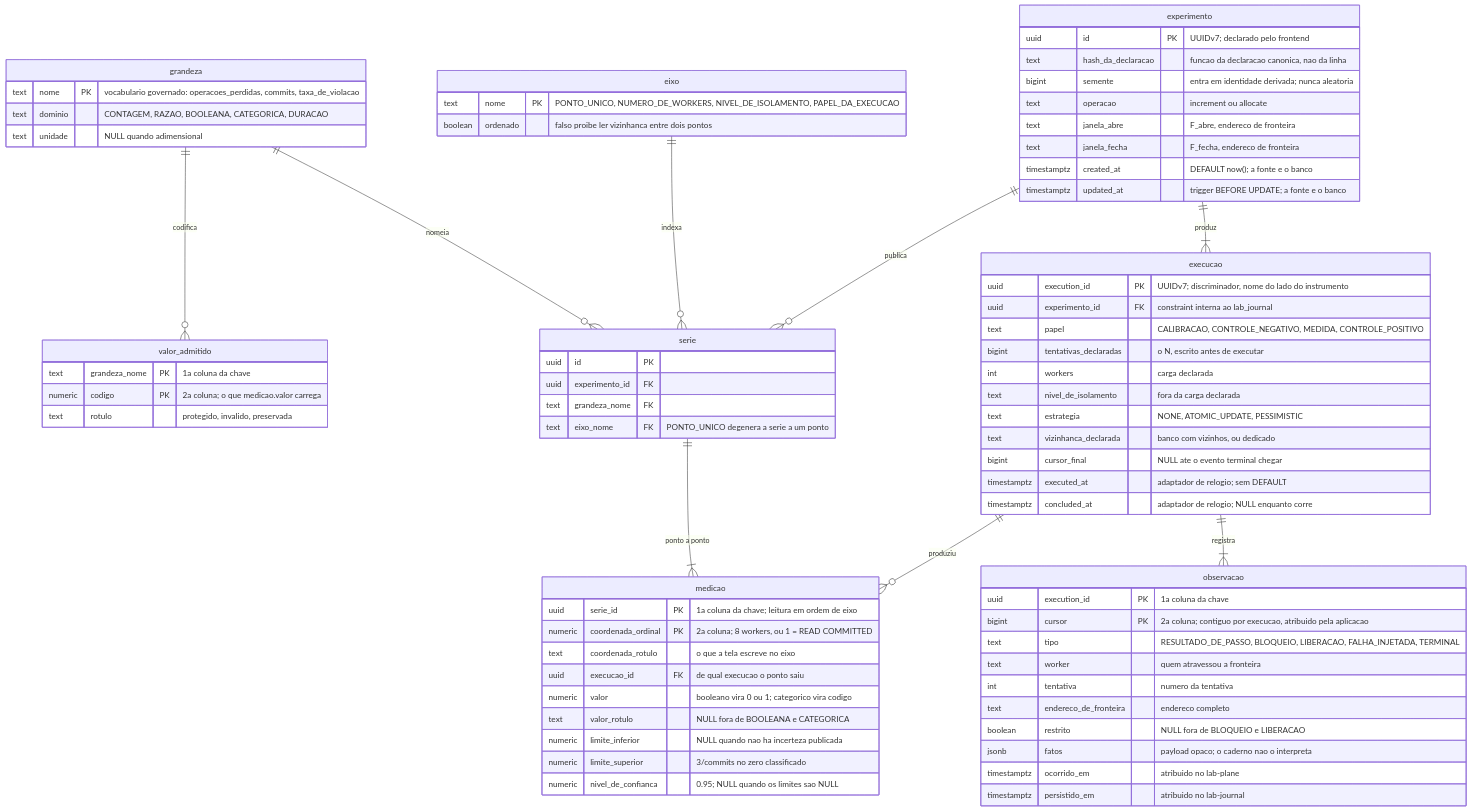
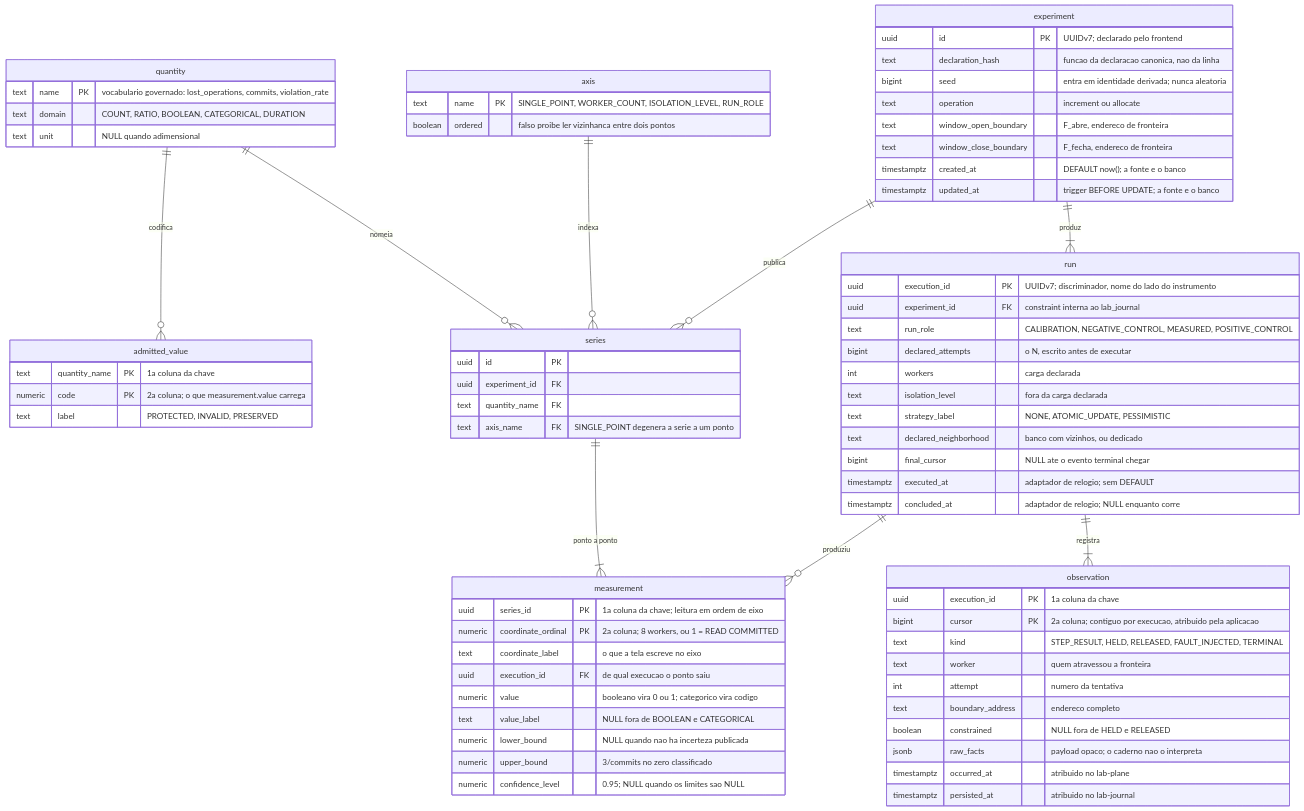
Before and after one commit to da0hn/distributed-systems-experiment-lab: the diagram in docs/propostas/modelo-de-dados/lab-journal/proposta-3-serie-de-medicoes.md, drawn with Mermaid. The commit also changed other lines of this file and 8 other files, not shown here.

````diff
--- a/docs/propostas/modelo-de-dados/lab-journal/proposta-3-serie-de-medicoes.md
+++ b/docs/propostas/modelo-de-dados/lab-journal/proposta-3-serie-de-medicoes.md
@@ -35,77 +35,77 @@
 ```mermaid
 erDiagram
-    grandeza ||--o{ valor_admitido : "codifica"
-    grandeza ||--o{ serie : "nomeia"
-    eixo ||--o{ serie : "indexa"
-    experimento ||--|{ execucao : "produz"
-    experimento ||--o{ serie : "publica"
-    serie ||--|{ medicao : "ponto a ponto"
-    execucao ||--o{ medicao : "produziu"
-    execucao ||--|{ observacao : "registra"
-    grandeza {
-        text nome PK "vocabulario governado: operacoes_perdidas, commits, taxa_de_violacao"
-        text dominio "CONTAGEM, RAZAO, BOOLEANA, CATEGORICA, DURACAO"
-        text unidade "NULL quando adimensional"
+    quantity ||--o{ admitted_value : "codifica"
+    quantity ||--o{ series : "nomeia"
+    axis ||--o{ series : "indexa"
+    experiment ||--|{ run : "produz"
+    experiment ||--o{ series : "publica"
+    series ||--|{ measurement : "ponto a ponto"
+    run ||--o{ measurement : "produziu"
+    run ||--|{ observation : "registra"
+    quantity {
+        text name PK "vocabulario governado: lost_operations, commits, violation_rate"
+        text domain "COUNT, RATIO, BOOLEAN, CATEGORICAL, DURATION"
+        text unit "NULL quando adimensional"
     }
-    valor_admitido {
-        text grandeza_nome PK "1a coluna da chave"
-        numeric codigo PK "2a coluna; o que medicao.valor carrega"
-        text rotulo "protegido, invalido, preservada"
+    admitted_value {
+        text quantity_name PK "1a coluna da chave"
+        numeric code PK "2a coluna; o que measurement.value carrega"
+        text label "PROTECTED, INVALID, PRESERVED"
     }
-    eixo {
-        text nome PK "PONTO_UNICO, NUMERO_DE_WORKERS, NIVEL_DE_ISOLAMENTO, PAPEL_DA_EXECUCAO"
-        boolean ordenado "falso proibe ler vizinhanca entre dois pontos"
+    axis {
+        text name PK "SINGLE_POINT, WORKER_COUNT, ISOLATION_LEVEL, RUN_ROLE"
+        boolean ordered "falso proibe ler vizinhanca entre dois pontos"
     }
-    experimento {
+    experiment {
         uuid id PK "UUIDv7; declarado pelo frontend"
-        text hash_da_declaracao "funcao da declaracao canonica, nao da linha"
-        bigint semente "entra em identidade derivada; nunca aleatoria"
-        text operacao "increment ou allocate"
-        text janela_abre "F_abre, endereco de fronteira"
-        text janela_fecha "F_fecha, endereco de fronteira"
+        text declaration_hash "funcao da declaracao canonica, nao da linha"
+        bigint seed "entra em identidade derivada; nunca aleatoria"
+        text operation "increment ou allocate"
+        text window_open_boundary "F_abre, endereco de fronteira"
+        text window_close_boundary "F_fecha, endereco de fronteira"
         timestamptz created_at "DEFAULT now(); a fonte e o banco"
         timestamptz updated_at "trigger BEFORE UPDATE; a fonte e o banco"
     }
-    execucao {
+    run {
         uuid execution_id PK "UUIDv7; discriminador, nome do lado do instrumento"
-        uuid experimento_id FK "constraint interna ao lab_journal"
-        text papel "CALIBRACAO, CONTROLE_NEGATIVO, MEDIDA, CONTROLE_POSITIVO"
-        bigint tentativas_declaradas "o N, escrito antes de executar"
+        uuid experiment_id FK "constraint interna ao lab_journal"
+        text run_role "CALIBRATION, NEGATIVE_CONTROL, MEASURED, POSITIVE_CONTROL"
+        bigint declared_attempts "o N, escrito antes de executar"
         int workers "carga declarada"
-        text nivel_de_isolamento "fora da carga declarada"
-        text estrategia "NONE, ATOMIC_UPDATE, PESSIMISTIC"
-        text vizinhanca_declarada "banco com vizinhos, ou dedicado"
-        bigint cursor_final "NULL ate o evento terminal chegar"
+        text isolation_level "fora da carga declarada"
+        text strategy_label "NONE, ATOMIC_UPDATE, PESSIMISTIC"
+        text declared_neighborhood "banco com vizinhos, ou dedicado"
+        bigint final_cursor "NULL ate o evento terminal chegar"
         timestamptz executed_at "adaptador de relogio; sem DEFAULT"
         timestamptz concluded_at "adaptador de relogio; NULL enquanto corre"
     }
-    serie {
+    series {
         uuid id PK
-        uuid experimento_id FK
-        text grandeza_nome FK
-        text eixo_nome FK "PONTO_UNICO degenera a serie a um ponto"
+        uuid experiment_id FK
+        text quantity_name FK
+        text axis_name FK "SINGLE_POINT degenera a serie a um ponto"
     }
-    medicao {
-        uuid serie_id PK "1a coluna da chave; leitura em ordem de eixo"
-        numeric coordenada_ordinal PK "2a coluna; 8 workers, ou 1 = READ COMMITTED"
-        text coordenada_rotulo "o que a tela escreve no eixo"
-        uuid execucao_id FK "de qual execucao o ponto saiu"
-        numeric valor "booleano vira 0 ou 1; categorico vira codigo"
-        text valor_rotulo "NULL fora de BOOLEANA e CATEGORICA"
-        numeric limite_inferior "NULL quando nao ha incerteza publicada"
-        numeric limite_superior "3/commits no zero classificado"
-        numeric nivel_de_confianca "0.95; NULL quando os limites sao NULL"
+    measurement {
+        uuid series_id PK "1a coluna da chave; leitura em ordem de eixo"
+        numeric coordinate_ordinal PK "2a coluna; 8 workers, ou 1 = READ COMMITTED"
+        text coordinate_label "o que a tela escreve no eixo"
+        uuid execution_id FK "de qual execucao o ponto saiu"
+        numeric value "booleano vira 0 ou 1; categorico vira codigo"
+        text value_label "NULL fora de BOOLEAN e CATEGORICAL"
+        numeric lower_bound "NULL quando nao ha incerteza publicada"
+        numeric upper_bound "3/commits no zero classificado"
+        numeric confidence_level "0.95; NULL quando os limites sao NULL"
     }
-    observacao {
+    observation {
         uuid execution_id PK "1a coluna da chave"
         bigint cursor PK "2a coluna; contiguo por execucao, atribuido pela aplicacao"
-        text tipo "RESULTADO_DE_PASSO, BLOQUEIO, LIBERACAO, FALHA_INJETADA, TERMINAL"
+        text kind "STEP_RESULT, HELD, RELEASED, FAULT_INJECTED, TERMINAL"
         text worker "quem atravessou a fronteira"
-        int tentativa "numero da tentativa"
-        text endereco_de_fronteira "endereco completo"
-        boolean restrito "NULL fora de BLOQUEIO e LIBERACAO"
-        jsonb fatos "payload opaco; o caderno nao o interpreta"
-        timestamptz ocorrido_em "atribuido no lab-plane"
-        timestamptz persistido_em "atribuido no lab-journal"
+        int attempt "numero da tentativa"
+        text boundary_address "endereco completo"
+        boolean constrained "NULL fora de HELD e RELEASED"
+        jsonb raw_facts "payload opaco; o caderno nao o interpreta"
+        timestamptz occurred_at "atribuido no lab-plane"
+        timestamptz persisted_at "atribuido no lab-journal"
     }
 ```
````
